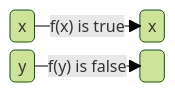
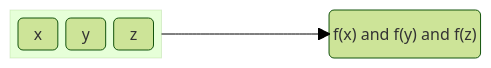
Before and after one commit to wdyjwdy/blog-mono: the eighth of 10 diagrams in apps/blog/pages/docs/js/array.mdx, drawn with Mermaid (forest theme). The commit also changed other lines of this file, not shown here.

````diff
--- a/apps/blog/pages/docs/js/array.mdx
+++ b/apps/blog/pages/docs/js/array.mdx
@@ -153,9 +285,11 @@
 ```mermaid
 block-beta
-  columns 10
-  a("x"):2 space:6 b("x"):2
-  c("y"):2 space:6 d(" "):2
-a -- "f(x) is true" --> b
-c -- "f(y) is false"--> d
-class d Dash
+  columns 4
+  block:b1
+   x("x") y("y") z("z")
+  end
+  space
+  a("f(x) and f(y) and f(z)")
+b1 --> a
+class b1 Line
 ```
````
